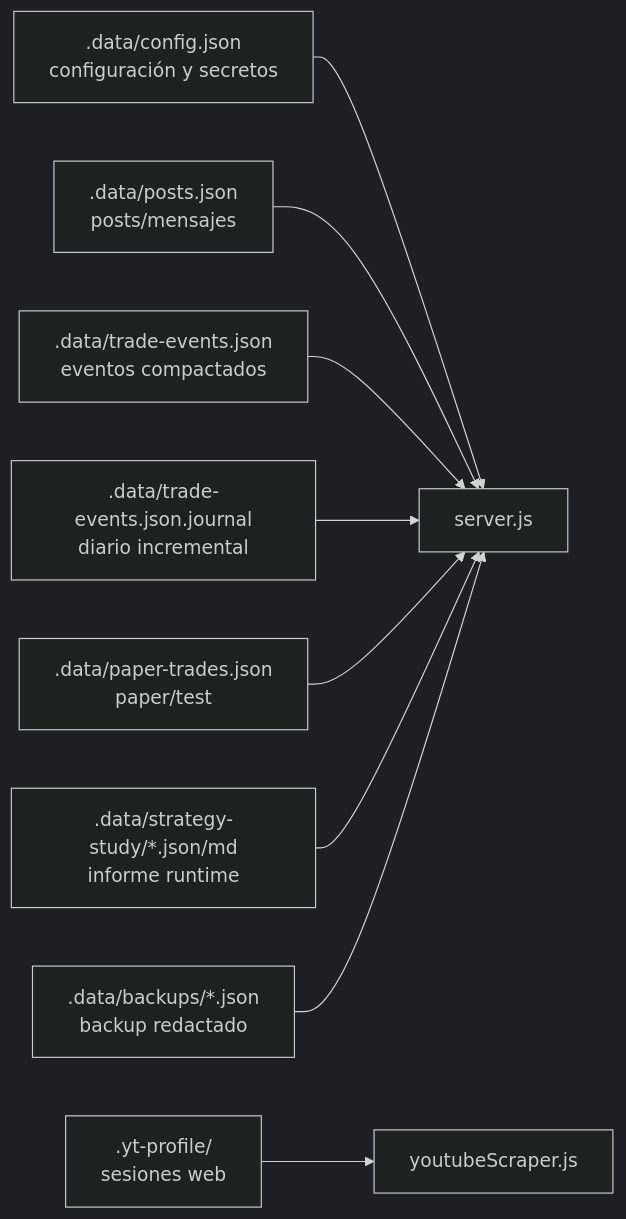
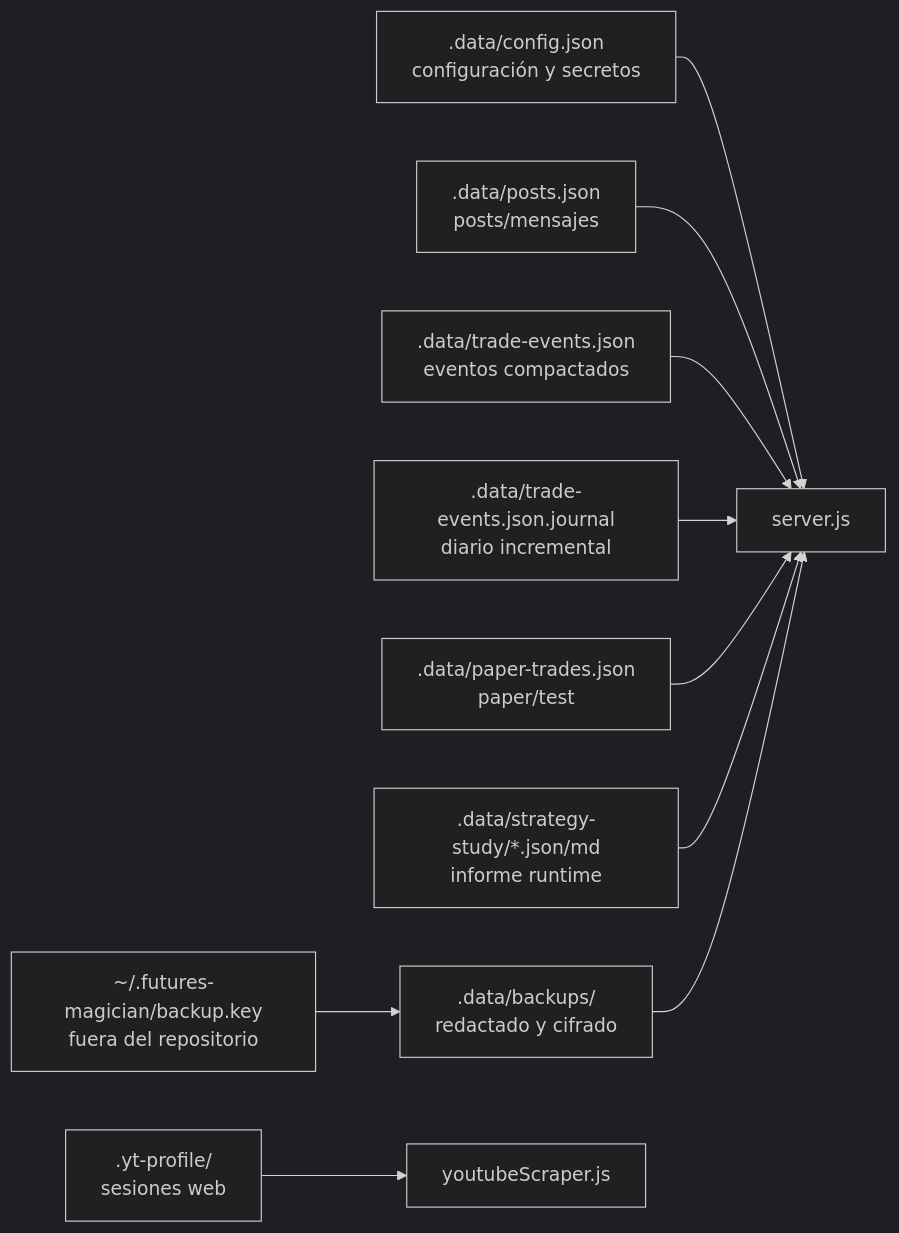
One commit to JotaTerrasa/yt-members-signal-trader changed the third of 3 diagrams in docs/ARCHITECTURE.md. Above: the diagram before and after it, drawn with Mermaid (dark theme). The commit also changed other lines of this file and 24 other files, not shown here.

````diff
--- a/docs/ARCHITECTURE.md
+++ b/docs/ARCHITECTURE.md
@@ -85,11 +85,12 @@
 ```mermaid
 flowchart LR
   config[".data/config.json<br/>configuración y secretos"] --> server["server.js"]
   posts[".data/posts.json<br/>posts/mensajes"] --> server
   events[".data/trade-events.json<br/>eventos compactados"] --> server
   journal[".data/trade-events.json.journal<br/>diario incremental"] --> server
   paper[".data/paper-trades.json<br/>paper/test"] --> server
   study[".data/strategy-study/*.json/md<br/>informe runtime"] --> server
-  backups[".data/backups/*.json<br/>backup redactado"] --> server
+  backups[".data/backups/<br/>redactado y cifrado"] --> server
+  key["~/.futures-magician/backup.key<br/>fuera del repositorio"] --> backups
   profile[".yt-profile/<br/>sesiones web"] --> scraper["youtubeScraper.js"]
 ```
````
